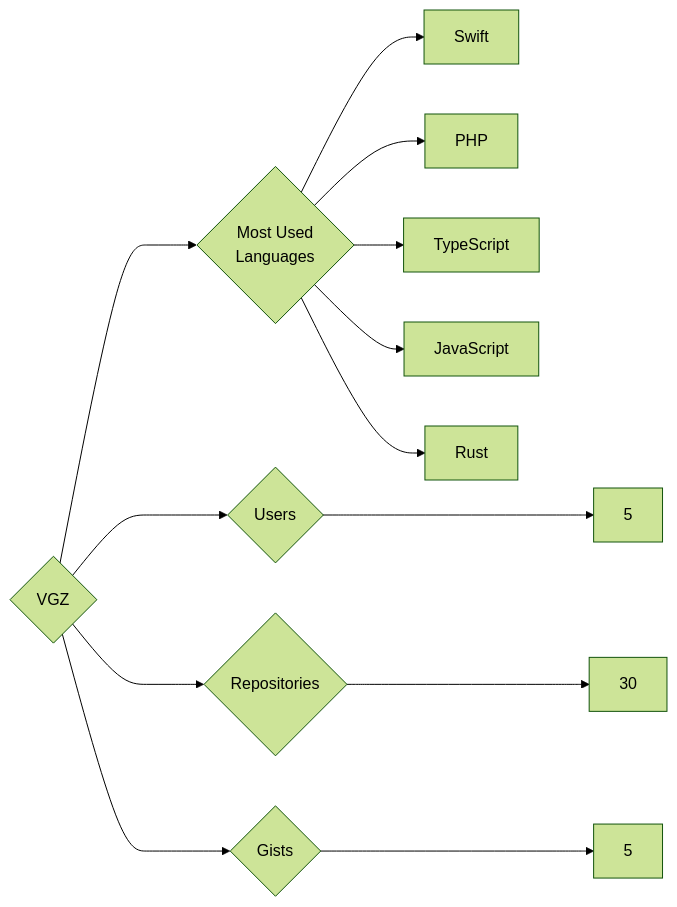
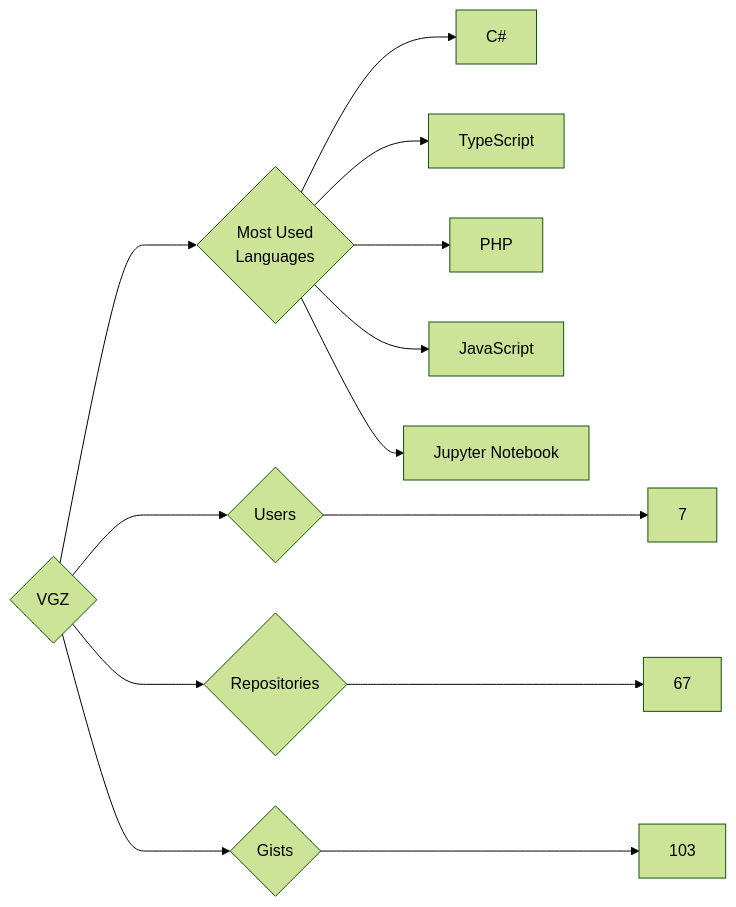
The diagram in targets/VGZ/README.md (trickest/insiders), drawn with Mermaid (forest theme) before and after one commit. The commit also changed 728 other files, not shown here.

````diff
--- a/targets/VGZ/README.md
+++ b/targets/VGZ/README.md
@@ -3,13 +3,13 @@
 ```mermaid
 graph LR
 COMPANY_NAME{VGZ}
-COMPANY_NAME ---> U{Users} ---> UN[5]
-COMPANY_NAME ---> R{Repositories} ---> RN[30]
-COMPANY_NAME ---> G{Gists} ---> GN[5]
+COMPANY_NAME ---> U{Users} ---> UN[7]
+COMPANY_NAME ---> R{Repositories} ---> RN[67]
+COMPANY_NAME ---> G{Gists} ---> GN[103]
 COMPANY_NAME ---> ML{Most Used<br>Languages}
-ML --> Swift[Swift]
+ML --> C#[C#]
+ML --> TypeScript[TypeScript]
 ML --> PHP[PHP]
-ML --> TypeScript[TypeScript]
 ML --> JavaScript[JavaScript]
-ML --> Rust[Rust]
+ML --> Jupyter_Notebook[Jupyter Notebook]
 ```
````
